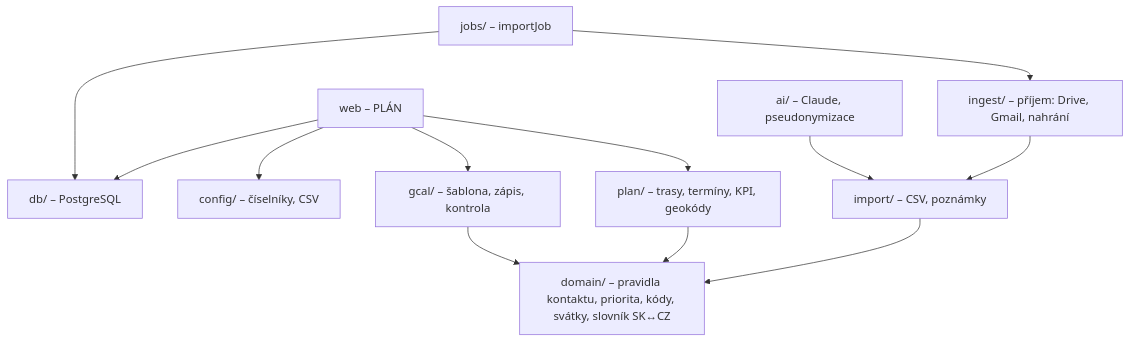
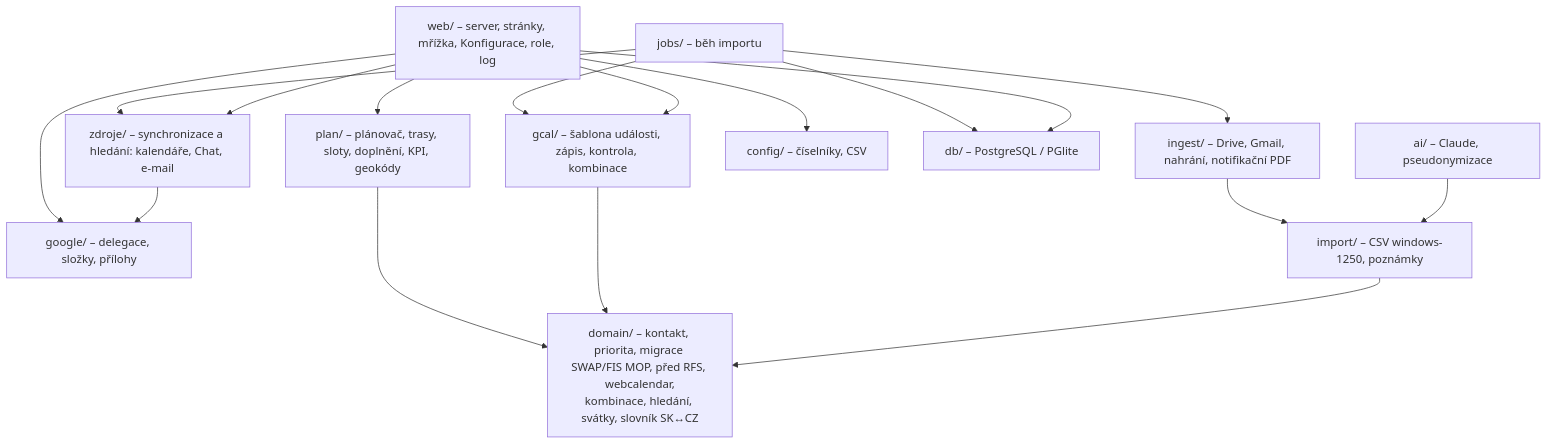
The fourth of 4 diagrams in docs/architektura.md (ICTMount/appkoo), drawn with Mermaid before and after one commit. The commit also changed other lines of this file and 1 other file, not shown here.

First line of the commit message:
Architektura: aktualizace podle současného kódu (web, zdroje, plánovač, role, synchronizace)

````diff
--- a/docs/architektura.md
+++ b/docs/architektura.md
@@ -113,14 +142,18 @@
 ```mermaid
 flowchart TB
-  JOBS[jobs/ – importJob] --> INGEST[ingest/ – příjem: Drive, Gmail, nahrání]
-  JOBS --> DB[db/ – PostgreSQL]
-  INGEST --> IMPORT[import/ – CSV, poznámky]
-  WEB[web – PLÁN] --> PLAN[plan/ – trasy, termíny, KPI, geokódy]
-  WEB --> GCAL[gcal/ – šablona, zápis, kontrola]
+  JOBS[jobs/ – běh importu] --> INGEST[ingest/ – Drive, Gmail, nahrání, notifikační PDF]
+  JOBS --> ZDROJE[zdroje/ – synchronizace a hledání: kalendáře, Chat, e-mail]
+  JOBS --> GCAL
+  WEB[web/ – server, stránky, mřížka, Konfigurace, role, log] --> PLAN[plan/ – plánovač, trasy, sloty, doplnění, KPI, geokódy]
+  WEB --> ZDROJE
+  WEB --> GCAL[gcal/ – šablona události, zápis, kontrola, kombinace]
+  WEB --> GOOGLE[google/ – delegace, složky, přílohy]
   WEB --> CONFIG[config/ – číselníky, CSV]
-  WEB --> DB
-  PLAN --> DOMAIN[domain/ – pravidla kontaktu, priorita, kódy, svátky, slovník SK↔CZ]
+  ZDROJE --> GOOGLE
+  INGEST --> IMPORT[import/ – CSV windows-1250, poznámky]
+  JOBS & WEB --> DB[db/ – PostgreSQL / PGlite]
+  PLAN --> DOMAIN[domain/ – kontakt, priorita, migrace SWAP/FIS MOP, před RFS, webcalendar,<br/>kombinace, hledání, svátky, slovník SK↔CZ]
   GCAL --> DOMAIN
   IMPORT --> DOMAIN
   AI[ai/ – Claude, pseudonymizace] --> IMPORT
 ```
````
